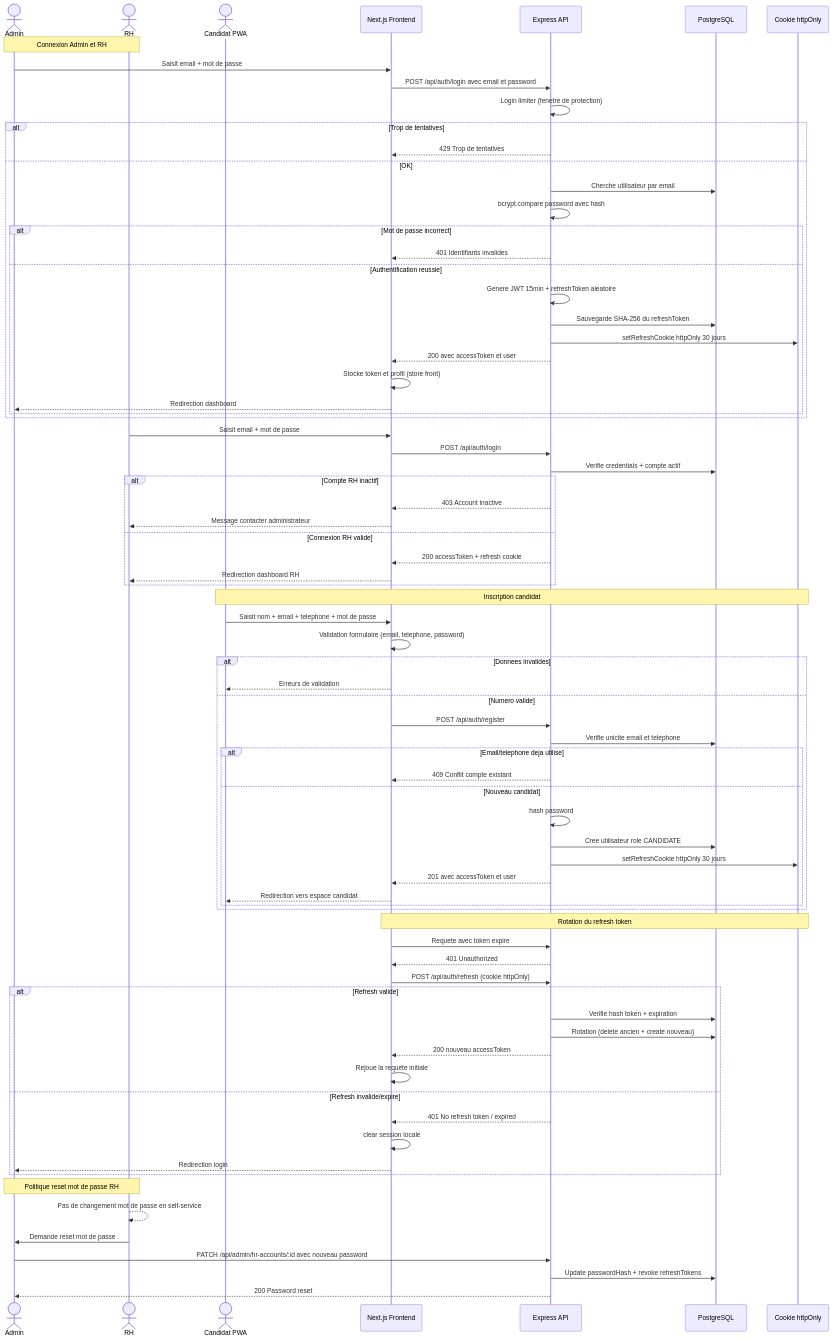
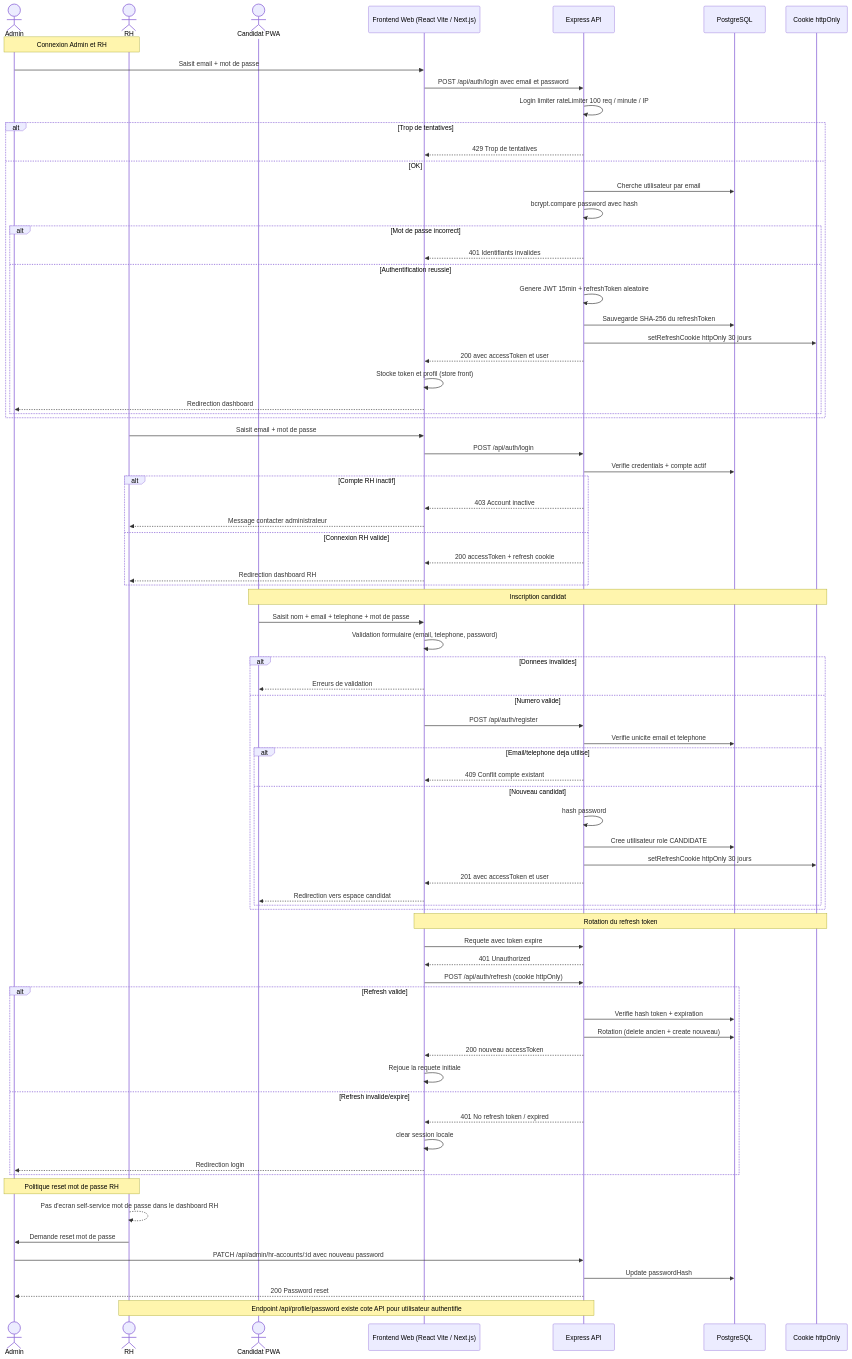
Before and after one commit to foudhilriahi/schulte: the diagram in diagramms/03_sequence_auth.md, drawn with Mermaid. The commit also changed 709 other files, not shown here.

````diff
--- a/diagramms/03_sequence_auth.md
+++ b/diagramms/03_sequence_auth.md
@@ -6,7 +6,7 @@
     actor Admin as Admin
     actor RH as RH
     actor Candidat as Candidat PWA
-    participant Frontend as Next.js Frontend
+    participant Frontend as Frontend Web (React Vite / Next.js)
     participant Backend as Express API
     participant DB as PostgreSQL
     participant Cookie as Cookie httpOnly
@@ -15,7 +15,7 @@
 
     Admin->>Frontend: Saisit email + mot de passe
     Frontend->>Backend: POST /api/auth/login avec email et password
-    Backend->>Backend: Login limiter (fenetre de protection)
+    Backend->>Backend: Login limiter rateLimiter 100 req / minute / IP
     alt Trop de tentatives
         Backend-->>Frontend: 429 Trop de tentatives
     else OK
@@ -81,9 +81,10 @@
     end
 
     Note over RH, Admin: Politique reset mot de passe RH
-    RH-->>RH: Pas de changement mot de passe en self-service
+    RH-->>RH: Pas d'ecran self-service mot de passe dans le dashboard RH
     RH->>Admin: Demande reset mot de passe
     Admin->>Backend: PATCH /api/admin/hr-accounts/:id avec nouveau password
-    Backend->>DB: Update passwordHash + revoke refreshTokens
+    Backend->>DB: Update passwordHash
     Backend-->>Admin: 200 Password reset
+    Note over RH, Backend: Endpoint /api/profile/password existe cote API pour utilisateur authentifie
 ```
````
